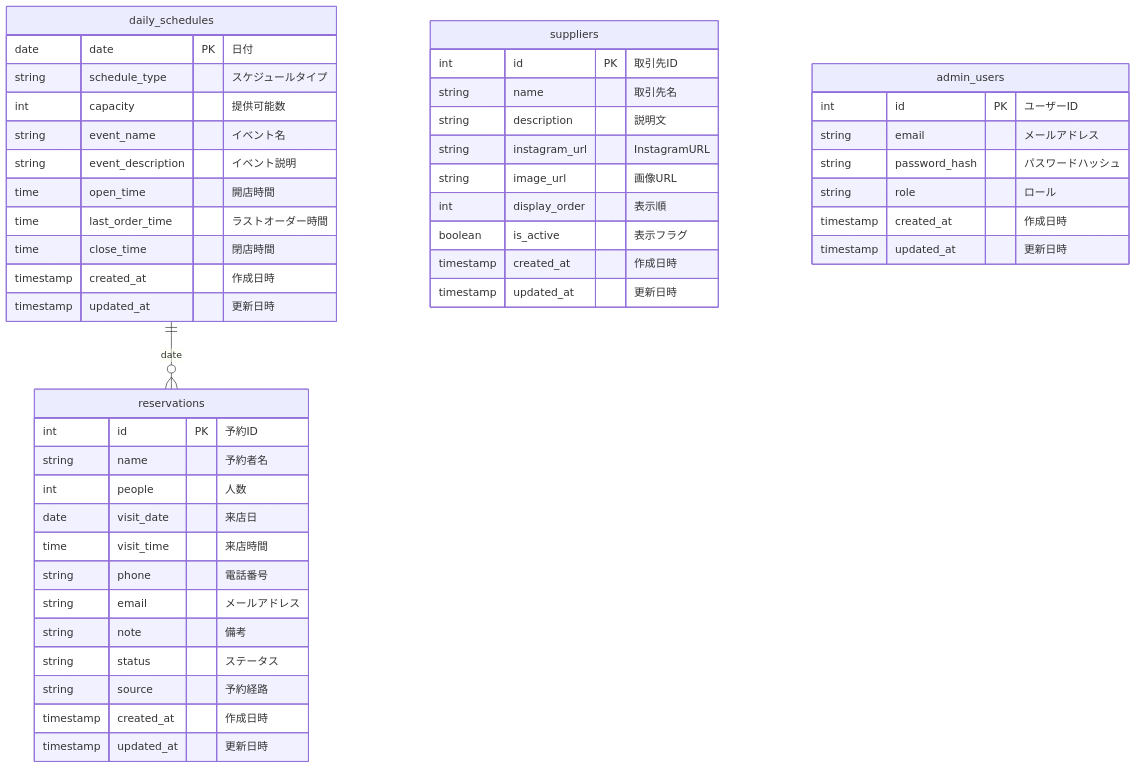
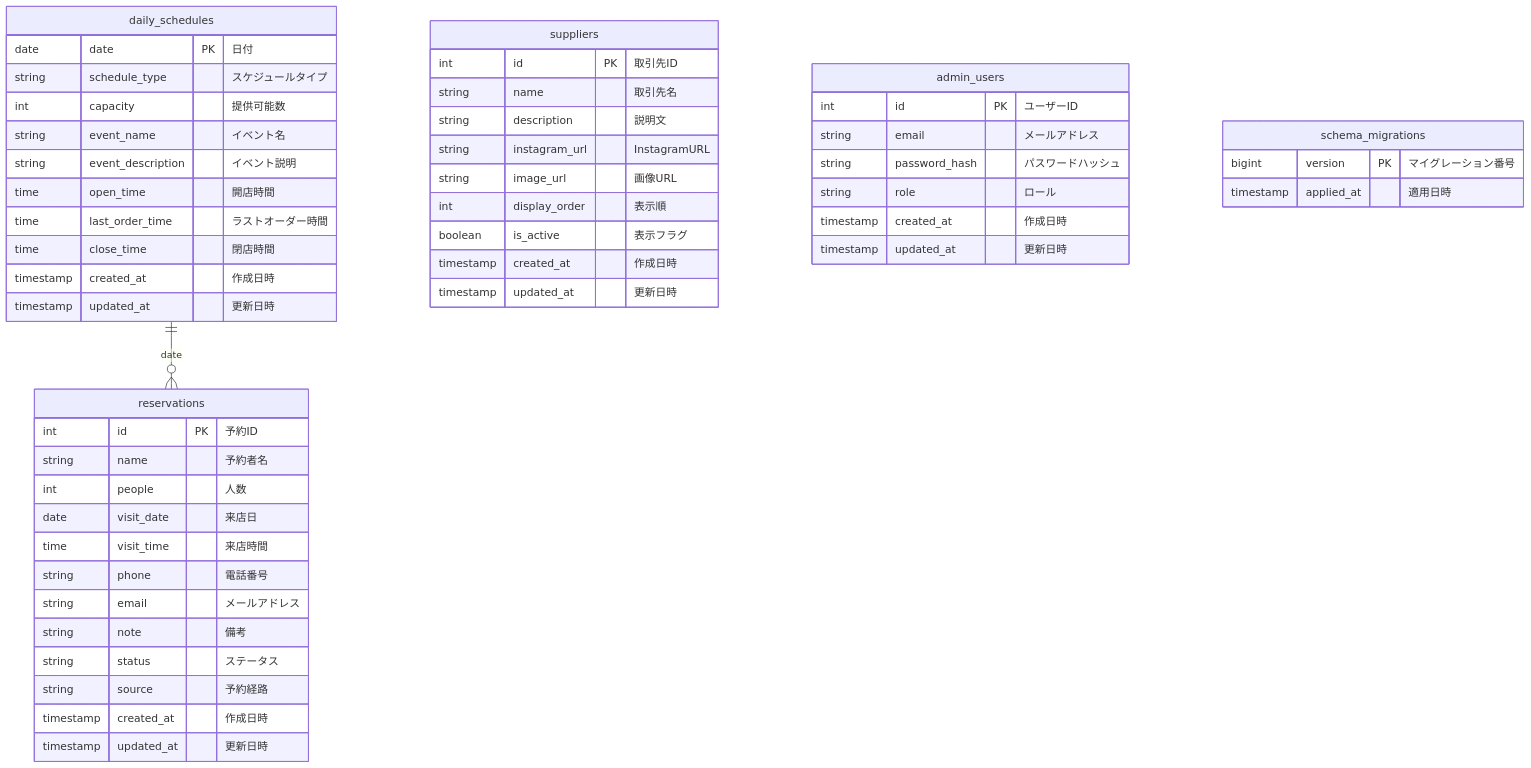
One commit to cergijame101007/satehits changed the first of 2 diagrams in docs/table_design.md. Above: the diagram before and after it, drawn with Mermaid. The commit also changed other lines of this file and 30 other files, not shown here.

First line of the commit message:
feat: 予約作成・一覧APIの拡張とschema_migrations移行 (#7)

````diff
--- a/docs/table_design.md
+++ b/docs/table_design.md
@@ -5,53 +5,58 @@
 ```mermaid
 erDiagram
     reservations {
         int id PK "予約ID"
         string name "予約者名"
         int people "人数"
         date visit_date "来店日"
         time visit_time "来店時間"
         string phone "電話番号"
         string email "メールアドレス"
         string note "備考"
         string status "ステータス"
         string source "予約経路"
         timestamp created_at "作成日時"
         timestamp updated_at "更新日時"
     }
 
     daily_schedules {
         date date PK "日付"
         string schedule_type "スケジュールタイプ"
         int capacity "提供可能数"
         string event_name "イベント名"
         string event_description "イベント説明"
         time open_time "開店時間"
         time last_order_time "ラストオーダー時間"
         time close_time "閉店時間"
         timestamp created_at "作成日時"
         timestamp updated_at "更新日時"
     }
 
     suppliers {
         int id PK "取引先ID"
         string name "取引先名"
         string description "説明文"
         string instagram_url "InstagramURL"
         string image_url "画像URL"
         int display_order "表示順"
         boolean is_active "表示フラグ"
         timestamp created_at "作成日時"
         timestamp updated_at "更新日時"
     }
 
     admin_users {
         int id PK "ユーザーID"
         string email "メールアドレス"
         string password_hash "パスワードハッシュ"
         string role "ロール"
         timestamp created_at "作成日時"
         timestamp updated_at "更新日時"
     }
 
+    schema_migrations {
+        bigint version PK "マイグレーション番号"
+        timestamp applied_at "適用日時"
+    }
+
     daily_schedules ||--o{ reservations : "date"
 ```
````
